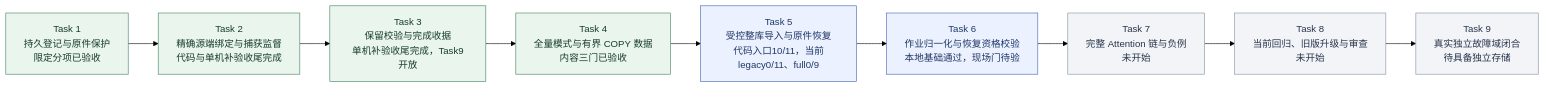
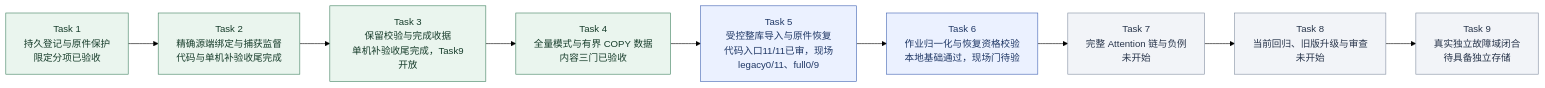
Before and after one commit to MansurnamedZhang/learning-system-p0c4: the second of 9 diagrams in docs/KnowWeave实施路线与系统架构.md, drawn with Mermaid (forest theme). The commit also changed other lines of this file and 15 other files, not shown here.

````diff
--- a/docs/KnowWeave实施路线与系统架构.md
+++ b/docs/KnowWeave实施路线与系统架构.md
@@ -74,26 +74,26 @@
 ```mermaid
 flowchart LR
     C4T1["Task 1<br/>持久登记与原件保护<br/>限定分项已验收"]
     C4T2["Task 2<br/>精确源端绑定与捕获监督<br/>代码与单机补验收尾完成"]
     C4T3["Task 3<br/>保留校验与完成收据<br/>单机补验收尾完成，Task9开放"]
     C4T4["Task 4<br/>全量模式与有界 COPY 数据<br/>内容三门已验收"]
-    C4T5["Task 5<br/>受控整库导入与原件恢复<br/>代码入口10/11，当前legacy0/11、full0/9"]
+    C4T5["Task 5<br/>受控整库导入与原件恢复<br/>代码入口11/11已审，现场legacy0/11、full0/9"]
     C4T6["Task 6<br/>作业归一化与恢复资格校验<br/>本地基础通过，现场门待验"]
     C4T7["Task 7<br/>完整 Attention 链与负例<br/>未开始"]
     C4T8["Task 8<br/>当前回归、旧版升级与审查<br/>未开始"]
     C4T9["Task 9<br/>真实独立故障域闭合<br/>待具备独立存储"]
     C4T1 --> C4T2
     C4T2 --> C4T3
     C4T3 --> C4T4
     C4T4 --> C4T5
     C4T5 --> C4T6
     C4T6 --> C4T7
     C4T7 --> C4T8
     C4T8 --> C4T9
     class C4T1,C4T2,C4T3,C4T4 done
     class C4T5,C4T6 next
     class C4T7,C4T8,C4T9 planned
     classDef done fill:#eaf5ee,stroke:#438363,color:#173d2b
     classDef next fill:#ebf1ff,stroke:#4365b4,color:#203866
     classDef planned fill:#f2f4f8,stroke:#8591a3,color:#28354b
 ```
````
